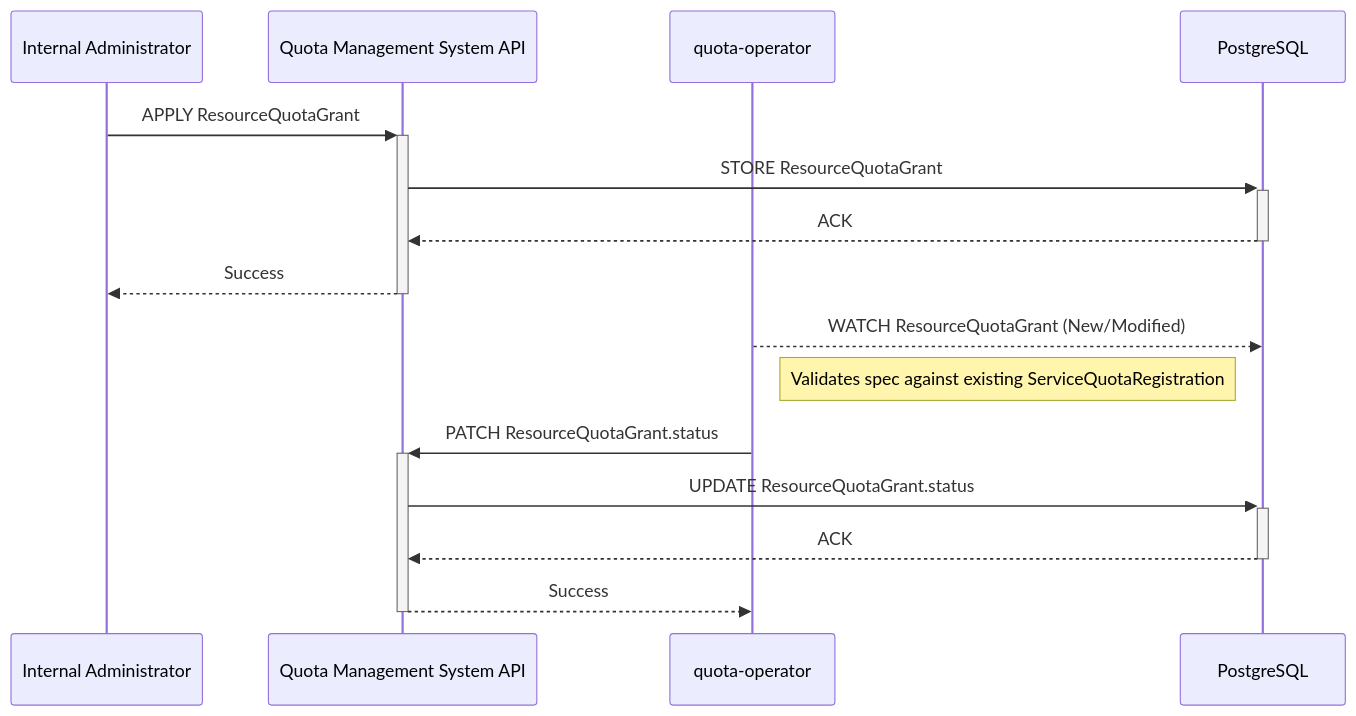
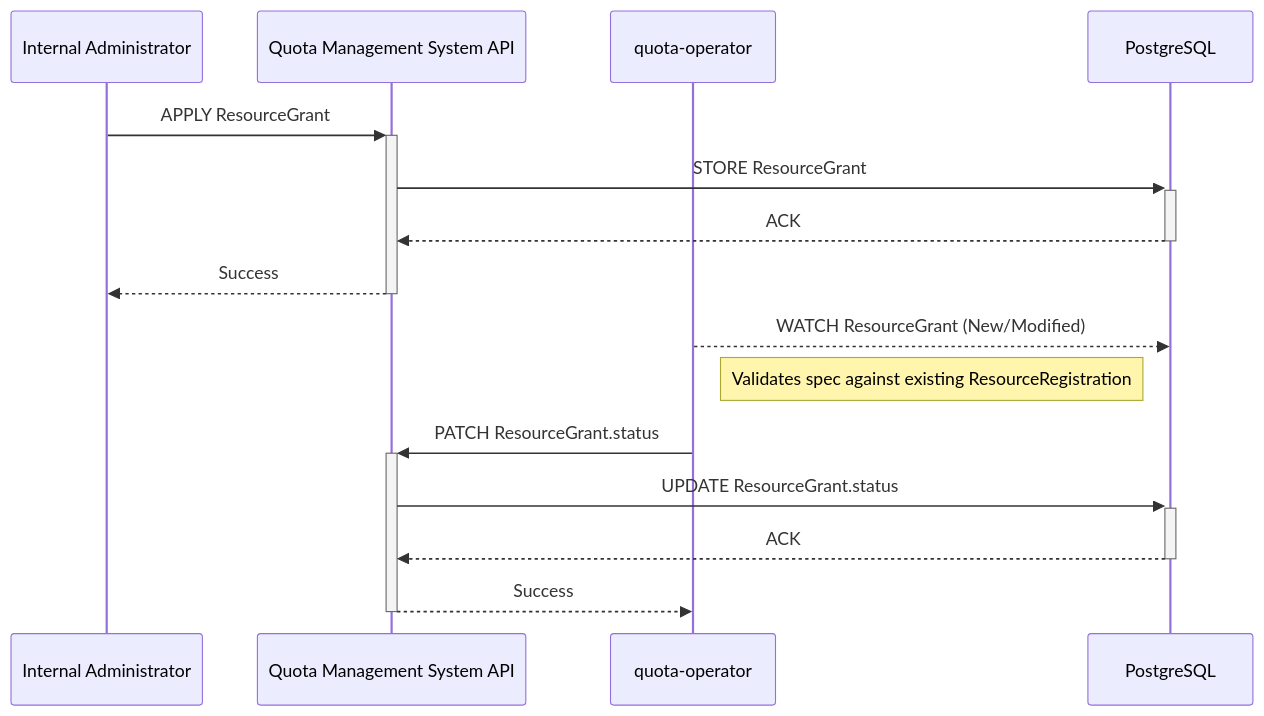
One commit to datum-cloud/enhancements changed the fourth of 6 diagrams in enhancements/platform/quota-management/README.md. Above: the diagram before and after it, drawn with Mermaid. The commit also changed other lines of this file, not shown here.

Commit message:
chore(quota): updates glossary of main terminology

````diff
--- a/enhancements/platform/quota-management/README.md
+++ b/enhancements/platform/quota-management/README.md
@@ -1357,20 +1359,20 @@
 ```mermaid
 %% Sequence Diagram - Prerequisite 2: Defining Resource Quota Limits
 sequenceDiagram
     participant Admin as Internal Administrator
     participant QuotaAPI as Quota Management System API
     participant QuotaOperator as quota-operator
     participant DB as PostgreSQL
 
-    Admin->>+QuotaAPI: APPLY ResourceQuotaGrant
-    QuotaAPI->>+DB: STORE ResourceQuotaGrant
+    Admin->>+QuotaAPI: APPLY ResourceGrant
+    QuotaAPI->>+DB: STORE ResourceGrant
     DB-->>-QuotaAPI: ACK
     QuotaAPI-->>-Admin: Success
 
-    QuotaOperator-->>DB: WATCH ResourceQuotaGrant (New/Modified)
-    note right of QuotaOperator: Validates spec against existing ServiceQuotaRegistration
-    QuotaOperator->>+QuotaAPI: PATCH ResourceQuotaGrant.status
-    QuotaAPI->>+DB: UPDATE ResourceQuotaGrant.status
+    QuotaOperator-->>DB: WATCH ResourceGrant (New/Modified)
+    note right of QuotaOperator: Validates spec against existing ResourceRegistration
+    QuotaOperator->>+QuotaAPI: PATCH ResourceGrant.status
+    QuotaAPI->>+DB: UPDATE ResourceGrant.status
     DB-->>-QuotaAPI: ACK
     QuotaAPI-->>-QuotaOperator: Success
 ```
````
